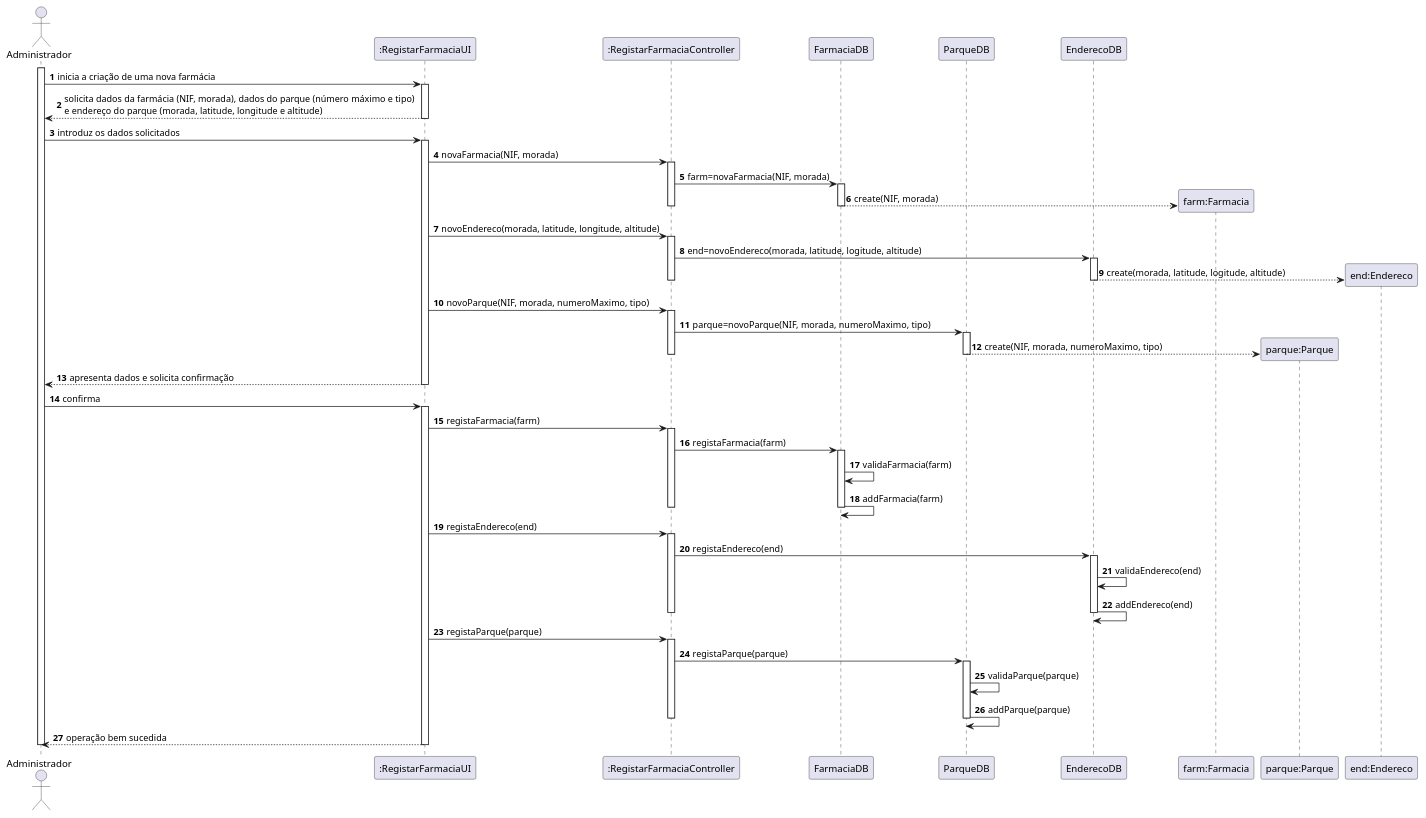
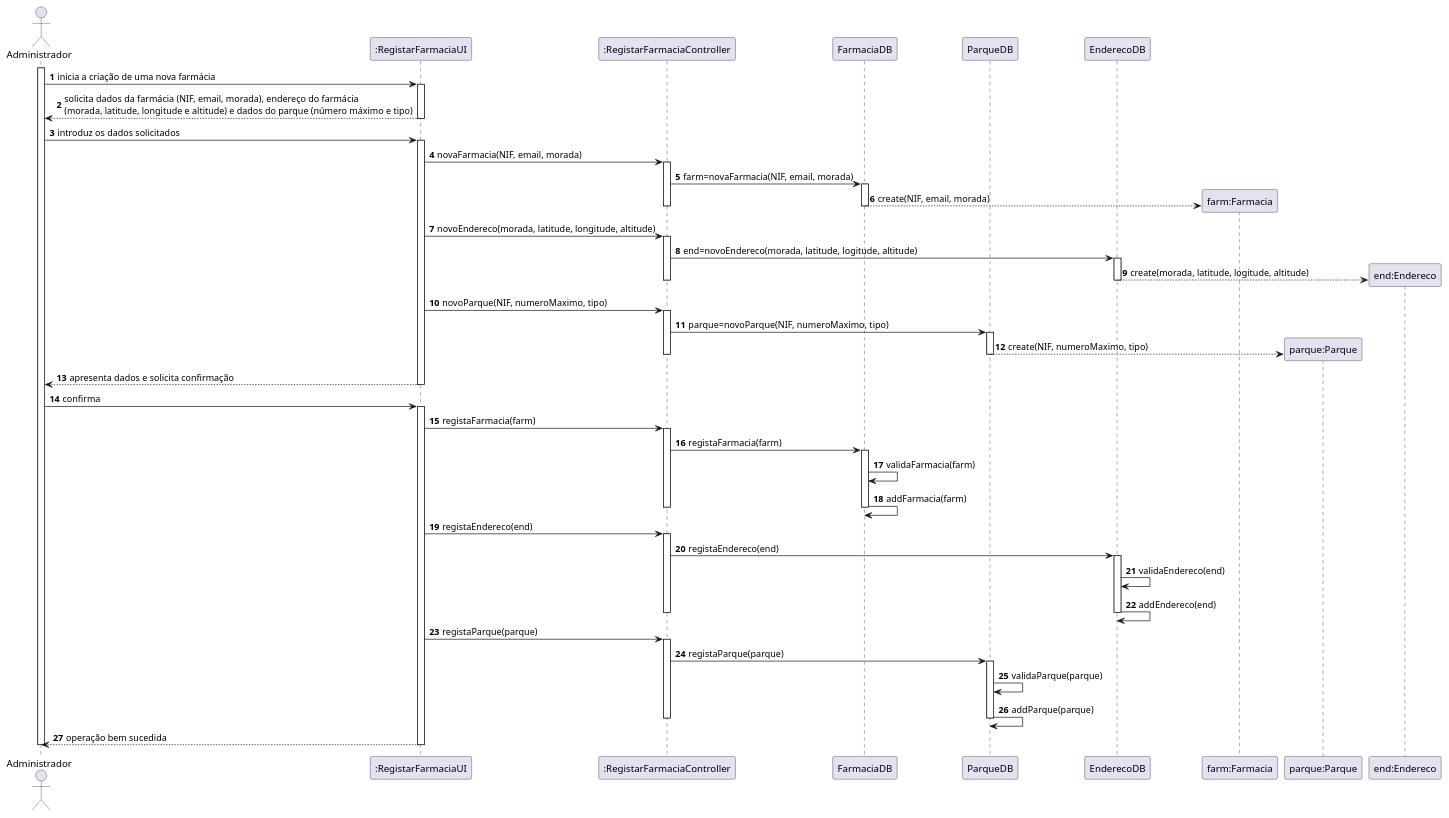
One commit to pedrolemos4/LAPR3 changed the diagram in docs/UC128/SD-REGISTAR FARMACIA.puml. Above: the diagram before and after it, drawn with PlantUML. The commit also changed 3 other files, not shown here.

Commit message:
LAP3AP4-128 #close Registar Farmacia [Design] Correção LAP3AP4-129 #close Criar Parque de Drones [Design] Correção

```diff
--- a/docs/UC128/SD-REGISTAR FARMACIA.puml
+++ b/docs/UC128/SD-REGISTAR FARMACIA.puml
@@ -1,88 +1,88 @@
 @startuml
 autonumber
 actor "Administrador" as ADM
 
 participant ":RegistarFarmaciaUI" as UI
 participant ":RegistarFarmaciaController" as CTRL
 participant "FarmaciaDB" as DB
 participant "ParqueDB" as PDB
 participant "EnderecoDB" as EDB
 participant "farm:Farmacia" as FARMACIA
 participant "parque:Parque" as PQ
 participant "end:Endereco" as END
 
 activate ADM
 ADM -> UI : inicia a criação de uma nova farmácia
 activate UI
-UI --> ADM : solicita dados da farmácia (NIF, morada), dados do parque (número máximo e tipo) \ne endereço do parque (morada, latitude, longitude e altitude)
+UI --> ADM : solicita dados da farmácia (NIF, email, morada), endereço do farmácia \n(morada, latitude, longitude e altitude) e dados do parque (número máximo e tipo)
 deactivate UI
 
 ADM -> UI : introduz os dados solicitados
 activate UI
-UI -> CTRL : novaFarmacia(NIF, morada)
+UI -> CTRL : novaFarmacia(NIF, email, morada)
 activate CTRL
 
-CTRL -> DB: farm=novaFarmacia(NIF, morada)
+CTRL -> DB: farm=novaFarmacia(NIF, email, morada)
 activate DB
-DB --> FARMACIA ** : create(NIF, morada)
+DB --> FARMACIA ** : create(NIF, email, morada)
 deactivate DB
 deactivate CTRL
 
 UI -> CTRL : novoEndereco(morada, latitude, longitude, altitude)
 activate CTRL
 CTRL -> EDB: end=novoEndereco(morada, latitude, logitude, altitude)
 activate EDB
 EDB --> END ** : create(morada, latitude, logitude, altitude)
 deactivate EDB
 deactivate CTRL
 
-UI -> CTRL : novoParque(NIF, morada, numeroMaximo, tipo)
+UI -> CTRL : novoParque(NIF, numeroMaximo, tipo)
 activate CTRL
-CTRL -> PDB: parque=novoParque(NIF, morada, numeroMaximo, tipo)
+CTRL -> PDB: parque=novoParque(NIF, numeroMaximo, tipo)
 activate PDB
-PDB --> PQ ** : create(NIF, morada, numeroMaximo, tipo)
+PDB --> PQ ** : create(NIF, numeroMaximo, tipo)
 deactivate PDB
 
 deactivate CTRL
 UI --> ADM : apresenta dados e solicita confirmação
 deactivate UI
 
 ADM -> UI : confirma
 activate UI
 
 UI -> CTRL: registaFarmacia(farm)
 activate CTRL
 CTRL ->DB: registaFarmacia(farm)
 activate DB
 DB -> DB: validaFarmacia(farm)
 DB -> DB: addFarmacia(farm)
 
 deactivate DB
 deactivate CTRL
 
 UI -> CTRL: registaEndereco(end)
 activate CTRL
 CTRL ->EDB: registaEndereco(end)
 activate EDB
 EDB -> EDB: validaEndereco(end)
 EDB -> EDB: addEndereco(end)
 
 deactivate EDB
 deactivate CTRL
 
 UI -> CTRL: registaParque(parque)
 activate CTRL
 CTRL ->PDB: registaParque(parque)
 activate PDB
 PDB -> PDB: validaParque(parque)
 PDB -> PDB: addParque(parque)
 
 deactivate PDB
 deactivate CTRL
 
 UI --> ADM : operação bem sucedida
 deactivate UI
 
 deactivate ADM
 
 @enduml
```
